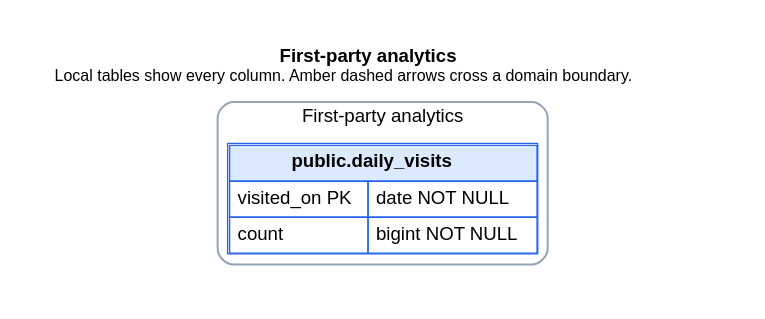
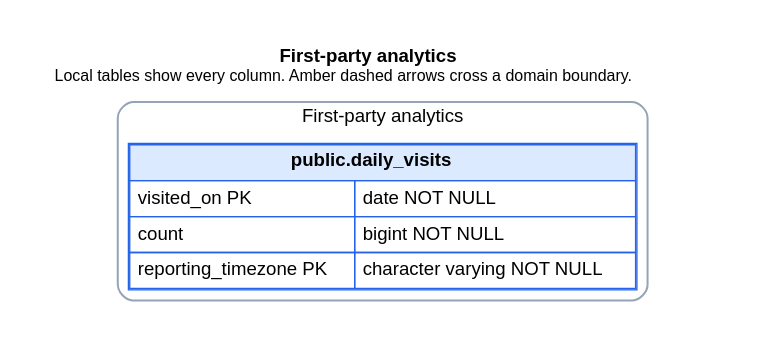
One commit to ogourment/pauseai.ca-website changed the diagram in docs/schema/domains/analytics.dot. Above: the diagram before and after it, drawn with Graphviz. The commit also changed 56 other files, not shown here.

```diff
--- a/docs/schema/domains/analytics.dot
+++ b/docs/schema/domains/analytics.dot
@@ -1,31 +1,31 @@
 digraph analytics {
   graph [rankdir=TB, bgcolor="white", pad=0.35, nodesep=0.6, ranksep=0.9, fontname="Helvetica"];
   node [shape=plain, fontname="Helvetica"];
   edge [fontname="Helvetica", fontsize=10, arrowsize=0.7];
   labelloc="t";
   label=< <B>First-party analytics</B><BR/><FONT POINT-SIZE="12">Local tables show every column. Amber dashed arrows cross a domain boundary.</FONT> >;
 
   subgraph cluster_local {
     label="First-party analytics";
     color="#94a3b8";
     penwidth=1.5;
     style="rounded";
   "daily_visits" [label=<
     <TABLE BORDER="1" CELLBORDER="1" CELLSPACING="0" CELLPADDING="5" COLOR="#2563eb">
       <TR><TD BGCOLOR="#dbeafe" COLSPAN="2"><B>public.daily_visits</B></TD></TR>
-      <TR><TD ALIGN="LEFT">visited_on PK</TD><TD ALIGN="LEFT">date NOT NULL</TD></TR><TR><TD ALIGN="LEFT">count</TD><TD ALIGN="LEFT">bigint NOT NULL</TD></TR>
+      <TR><TD ALIGN="LEFT">visited_on PK</TD><TD ALIGN="LEFT">date NOT NULL</TD></TR><TR><TD ALIGN="LEFT">count</TD><TD ALIGN="LEFT">bigint NOT NULL</TD></TR><TR><TD ALIGN="LEFT">reporting_timezone PK</TD><TD ALIGN="LEFT">character varying NOT NULL</TD></TR>
     </TABLE>
   >];
 
   }
 
   subgraph cluster_external {
     label="External-domain references — other relationships are intentionally omitted";
     color="#cbd5e1";
     penwidth=1;
     style="rounded";
 
   }
 
 
 }
```
